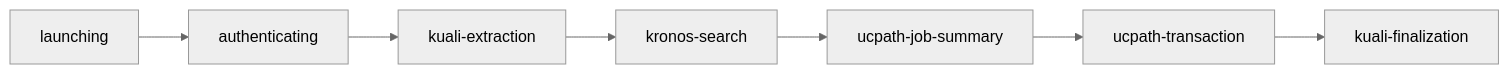
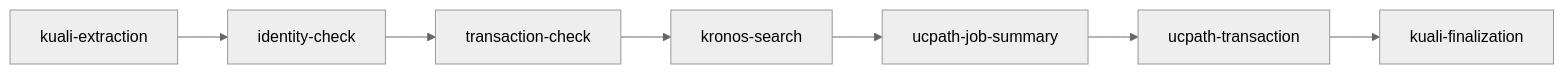
The diagram in docs/workflow/separations.md (julianthant/hr-automation), drawn with Mermaid (neutral theme) before and after one commit. The commit also changed other lines of this file and 29 other files, not shown here.

````diff
--- a/docs/workflow/separations.md
+++ b/docs/workflow/separations.md
@@ -11,9 +11,9 @@
 ```mermaid
 flowchart LR
-  A["launching"] --> B["authenticating"]
-  B --> C["kuali-extraction"]
+  A["kuali-extraction"] --> B["identity-check"]
+  B --> C["transaction-check"]
   C --> D["kronos-search"]
   D --> E["ucpath-job-summary"]
   E --> F["ucpath-transaction"]
   F --> G["kuali-finalization"]
 ```
````
